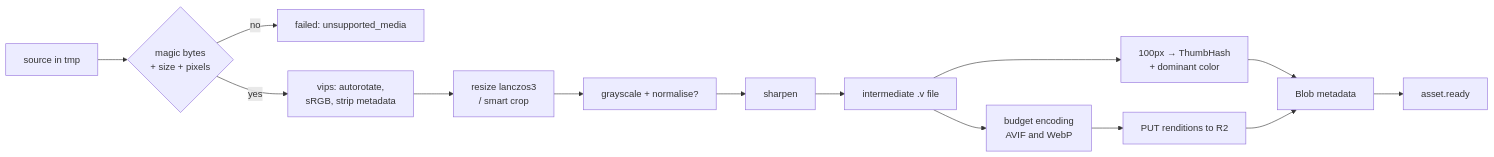
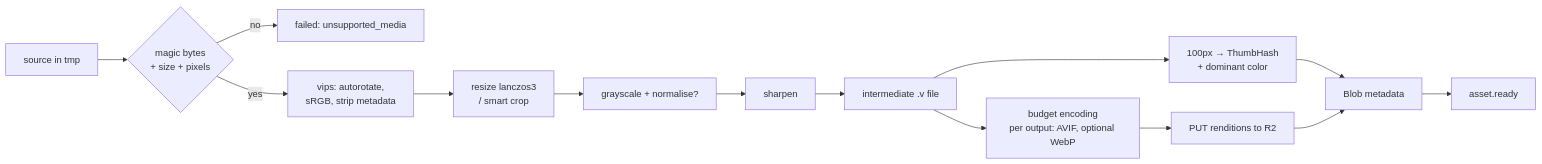
Before and after one commit to UdjinStolboviy/kadr-madia: the first of 2 diagrams in docs/PIPELINES.md, drawn with Mermaid. The commit also changed other lines of this file and 18 other files, not shown here.

````diff
--- a/docs/PIPELINES.md
+++ b/docs/PIPELINES.md
@@ -52,15 +56,15 @@
 ```mermaid
 flowchart LR
   A[source in tmp] --> B{magic bytes<br/>+ size + pixels}
   B -- no --> X[failed: unsupported_media]
   B -- yes --> C[vips: autorotate,<br/>sRGB, strip metadata]
   C --> D[resize lanczos3<br/>/ smart crop]
   D --> E[grayscale + normalise?]
   E --> F[sharpen]
   F --> G[intermediate .v file]
-  G --> H[budget encoding<br/>AVIF and WebP]
+  G --> H[budget encoding<br/>per output: AVIF, optional WebP]
   G --> I[100px → ThumbHash<br/>+ dominant color]
   H --> J[PUT renditions to R2]
   I --> K[Blob metadata]
   J --> K --> L[asset.ready]
 ```
````
